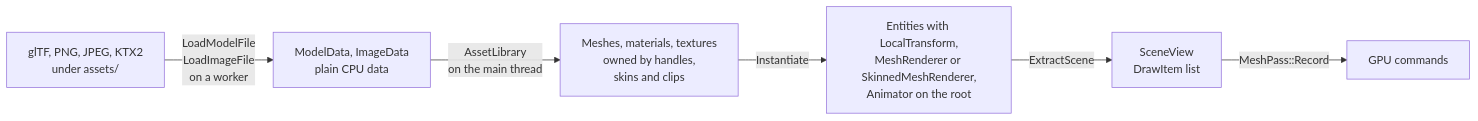
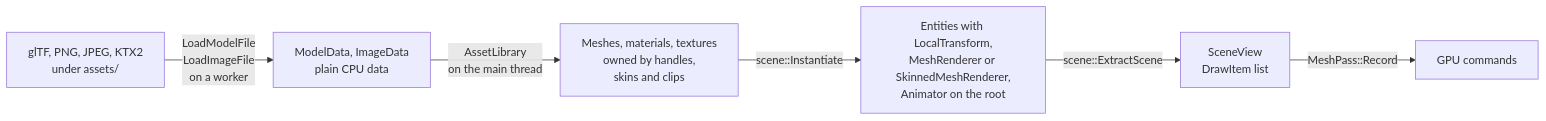
The fourth of 7 diagrams in docs/ARCHITECTURE.md (SBXdev3D/daidalos-engine-next), drawn with Mermaid before and after one commit. The commit also changed other lines of this file and 11 other files, not shown here.

````diff
--- a/docs/ARCHITECTURE.md
+++ b/docs/ARCHITECTURE.md
@@ -144,8 +97,8 @@
 ```mermaid
 flowchart LR
     F["glTF, PNG, JPEG, KTX2<br/>under assets/"] -->|"LoadModelFile<br/>LoadImageFile<br/>on a worker"| C["ModelData, ImageData<br/>plain CPU data"]
     C -->|"AssetLibrary<br/>on the main thread"| G["Meshes, materials, textures<br/>owned by handles,<br/>skins and clips"]
-    G -->|"Instantiate"| E["Entities with LocalTransform,<br/>MeshRenderer or SkinnedMeshRenderer,<br/>Animator on the root"]
-    E -->|"ExtractScene"| S["SceneView<br/>DrawItem list"]
+    G -->|"scene::Instantiate"| E["Entities with LocalTransform,<br/>MeshRenderer or SkinnedMeshRenderer,<br/>Animator on the root"]
+    E -->|"scene::ExtractScene"| S["SceneView<br/>DrawItem list"]
     S -->|"MeshPass::Record"| V["GPU commands"]
 ```
````
